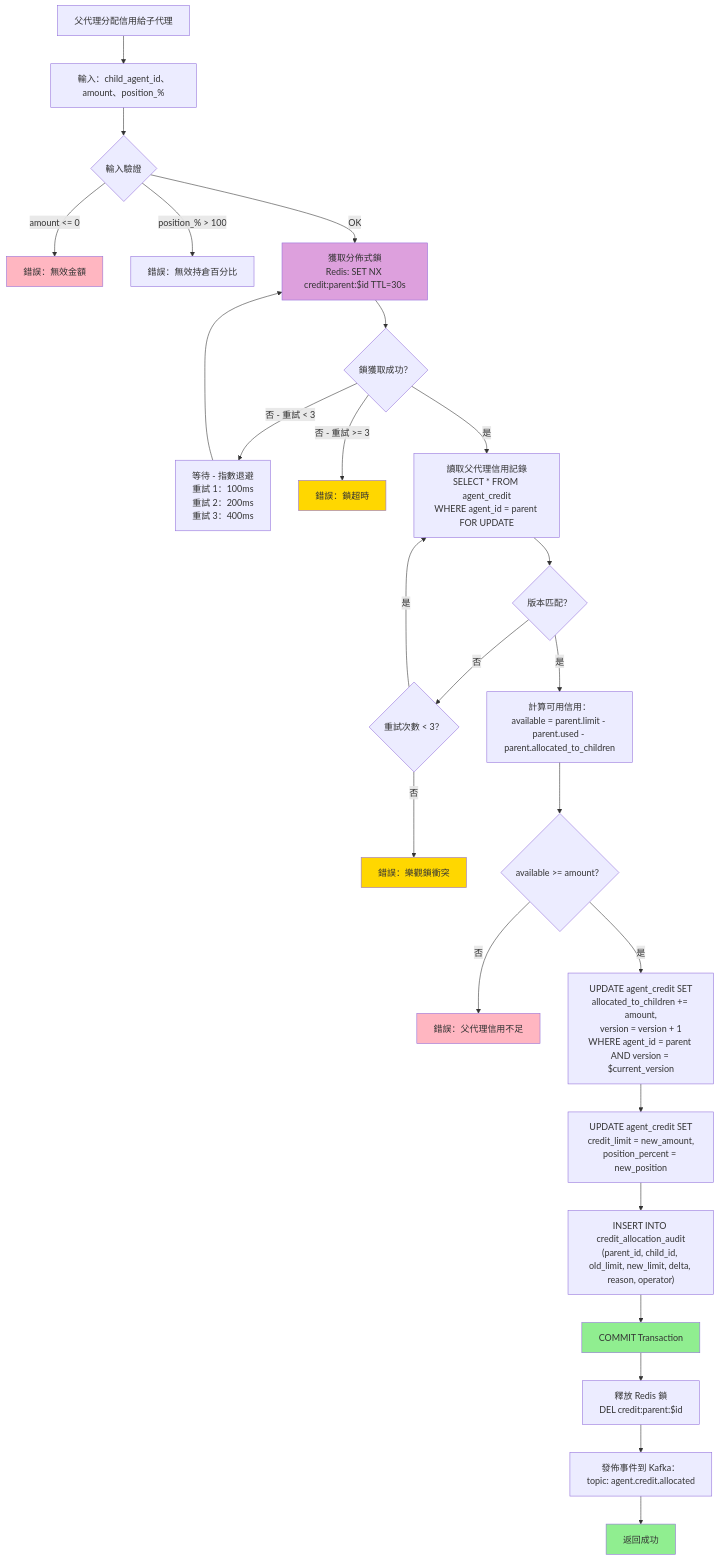
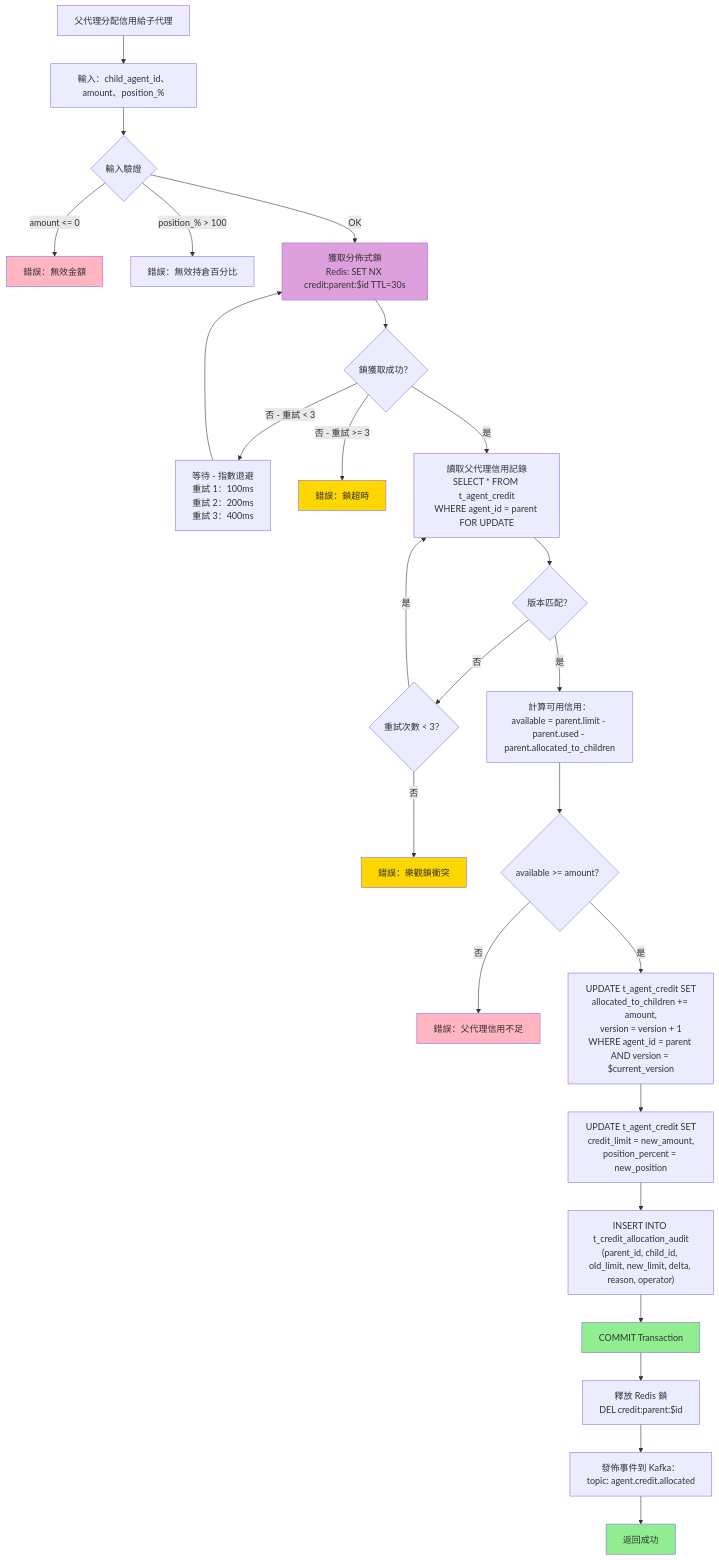
Before and after one commit to ron03wlb/smart-admin: the second of 3 diagrams in docs/iGaming/architecture/07_Agent_Service/Credit_Network_Architecture.md, drawn with Mermaid. The commit also changed other lines of this file and 32 other files, not shown here.

````diff
--- a/docs/iGaming/architecture/07_Agent_Service/Credit_Network_Architecture.md
+++ b/docs/iGaming/architecture/07_Agent_Service/Credit_Network_Architecture.md
@@ -52,46 +52,46 @@
 ```mermaid
 flowchart TD
     START[父代理分配信用給子代理] --> INPUT[輸入：child_agent_id、amount、position_%]
 
     INPUT --> VALIDATE1{輸入驗證}
     VALIDATE1 -->|amount <= 0| ERR1[錯誤：無效金額]
     VALIDATE1 -->|position_% > 100| ERR2[錯誤：無效持倉百分比]
     VALIDATE1 -->|OK| LOCK
 
     LOCK["獲取分佈式鎖<br/>Redis: SET NX credit:parent:$id TTL=30s"] --> LOCK_CHECK{鎖獲取成功？}
     LOCK_CHECK -->|否 - 重試 < 3| WAIT["等待 - 指數退避<br/>重試 1：100ms<br/>重試 2：200ms<br/>重試 3：400ms"]
     WAIT --> LOCK
     LOCK_CHECK -->|否 - 重試 >= 3| ERR4["錯誤：鎖超時"]
     LOCK_CHECK -->|是| READ_PARENT
 
-    READ_PARENT["讀取父代理信用記錄<br/>SELECT * FROM agent_credit<br/>WHERE agent_id = parent FOR UPDATE"] --> VERSION_CHECK{版本匹配？}
+    READ_PARENT["讀取父代理信用記錄<br/>SELECT * FROM t_agent_credit<br/>WHERE agent_id = parent FOR UPDATE"] --> VERSION_CHECK{版本匹配？}
     VERSION_CHECK -->|否| RETRY_VERSION{重試次數 < 3？}
     RETRY_VERSION -->|是| READ_PARENT
     RETRY_VERSION -->|否| ERR5["錯誤：樂觀鎖衝突"]
 
     VERSION_CHECK -->|是| CALC_AVAILABLE
     CALC_AVAILABLE["計算可用信用：<br/>available = parent.limit - parent.used - parent.allocated_to_children"]
 
     CALC_AVAILABLE --> AVAILABLE_CHECK{available >= amount？}
     AVAILABLE_CHECK -->|否| ERR6["錯誤：父代理信用不足"]
     AVAILABLE_CHECK -->|是| UPDATE_PARENT
 
-    UPDATE_PARENT["UPDATE agent_credit SET<br/>allocated_to_children += amount,<br/>version = version + 1<br/>WHERE agent_id = parent AND version = $current_version"]
+    UPDATE_PARENT["UPDATE t_agent_credit SET<br/>allocated_to_children += amount,<br/>version = version + 1<br/>WHERE agent_id = parent AND version = $current_version"]
 
-    UPDATE_PARENT --> UPDATE_CHILD["UPDATE agent_credit SET<br/>credit_limit = new_amount,<br/>position_percent = new_position"]
+    UPDATE_PARENT --> UPDATE_CHILD["UPDATE t_agent_credit SET<br/>credit_limit = new_amount,<br/>position_percent = new_position"]
 
-    UPDATE_CHILD --> INSERT_AUDIT["INSERT INTO credit_allocation_audit<br/>(parent_id, child_id, old_limit, new_limit, delta, reason, operator)"]
+    UPDATE_CHILD --> INSERT_AUDIT["INSERT INTO t_credit_allocation_audit<br/>(parent_id, child_id, old_limit, new_limit, delta, reason, operator)"]
 
     INSERT_AUDIT --> COMMIT[COMMIT Transaction]
     COMMIT --> RELEASE_LOCK["釋放 Redis 鎖<br/>DEL credit:parent:$id"]
     RELEASE_LOCK --> PUBLISH_EVENT["發佈事件到 Kafka：<br/>topic: agent.credit.allocated"]
     PUBLISH_EVENT --> SUCCESS["返回成功"]
 
     style SUCCESS fill:#90EE90
     style ERR1 fill:#FFB6C1
     style ERR4 fill:#FFD700
     style ERR5 fill:#FFD700
     style ERR6 fill:#FFB6C1
     style LOCK fill:#DDA0DD
     style COMMIT fill:#90EE90
 ```
````
